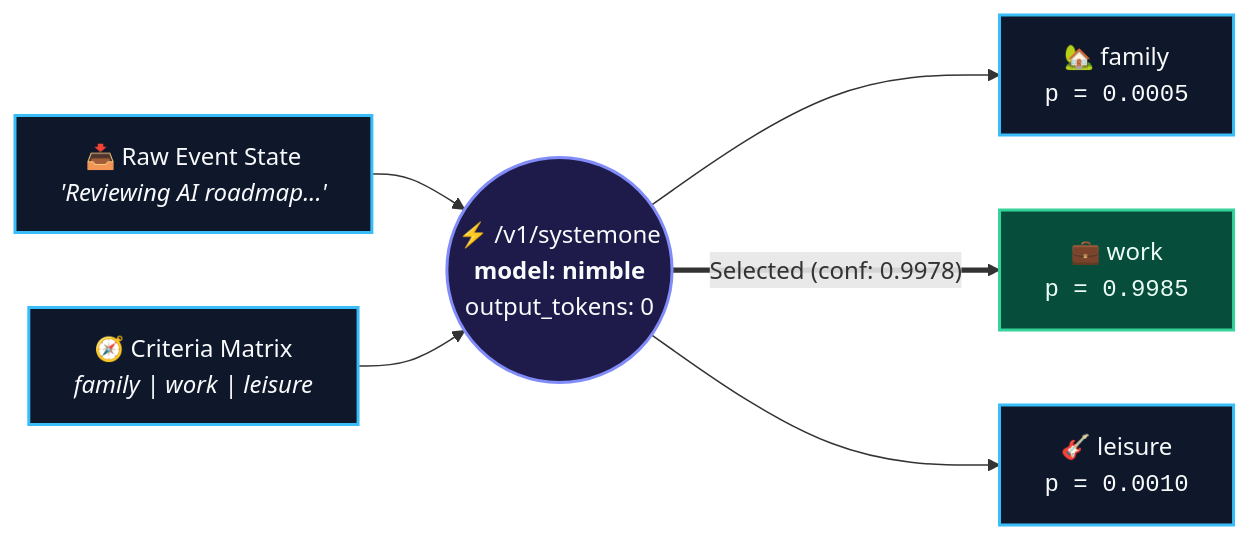
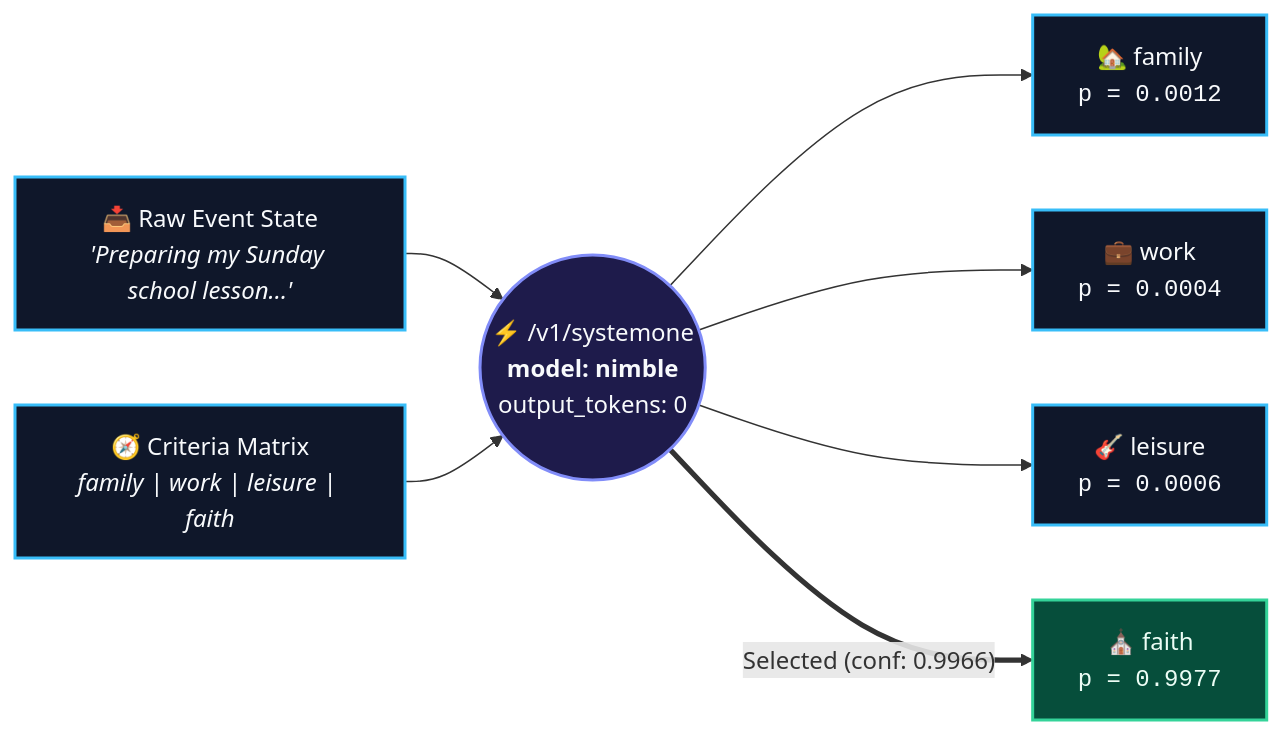
One commit to m2web/ollama-local-sysytem-one-llm changed the diagram in README.md. Above: the diagram before and after it, drawn with Mermaid. The commit also changed other lines of this file and 11 other files, not shown here.

Commit message:
Add faith calendar criteria, response-faith.json, and update README and blog post

````diff
--- a/README.md
+++ b/README.md
@@ -16,19 +16,21 @@
 ```mermaid
 flowchart LR
     classDef input fill:#0f172a,stroke:#38bdf8,stroke-width:2px,color:#f8fafc
     classDef engine fill:#1e1b4b,stroke:#818cf8,stroke-width:2px,color:#f8fafc
     classDef route fill:#064e3b,stroke:#34d399,stroke-width:2px,color:#ecfdf5
 
-    S["📥 Raw Event State<br/><i>'Reviewing AI roadmap...'</i>"]:::input
-    C["🧭 Criteria Matrix<br/><i>family | work | leisure</i>"]:::input
+    S["📥 Raw Event State<br/><i>'Preparing my Sunday school lesson...'</i>"]:::input
+    C["🧭 Criteria Matrix<br/><i>family | work | leisure | faith</i>"]:::input
     O(("⚡ /v1/systemone<br/><b>model: nimble</b><br/>output_tokens: 0")):::engine
-    D1["🏡 family<br/><code>p = 0.0005</code>"]:::input
-    D2["💼 work<br/><code>p = 0.9985</code>"]:::route
-    D3["🎸 leisure<br/><code>p = 0.0010</code>"]:::input
+    D1["🏡 family<br/><code>p = 0.0012</code>"]:::input
+    D2["💼 work<br/><code>p = 0.0004</code>"]:::input
+    D3["🎸 leisure<br/><code>p = 0.0006</code>"]:::input
+    D4["⛪ faith<br/><code>p = 0.9977</code>"]:::route
 
     S --> O
     C --> O
     O --> D1
-    O ==>|"Selected (conf: 0.9978)"| D2
+    O --> D2
     O --> D3
+    O ==>|"Selected (conf: 0.9966)"| D4
 ```
````
